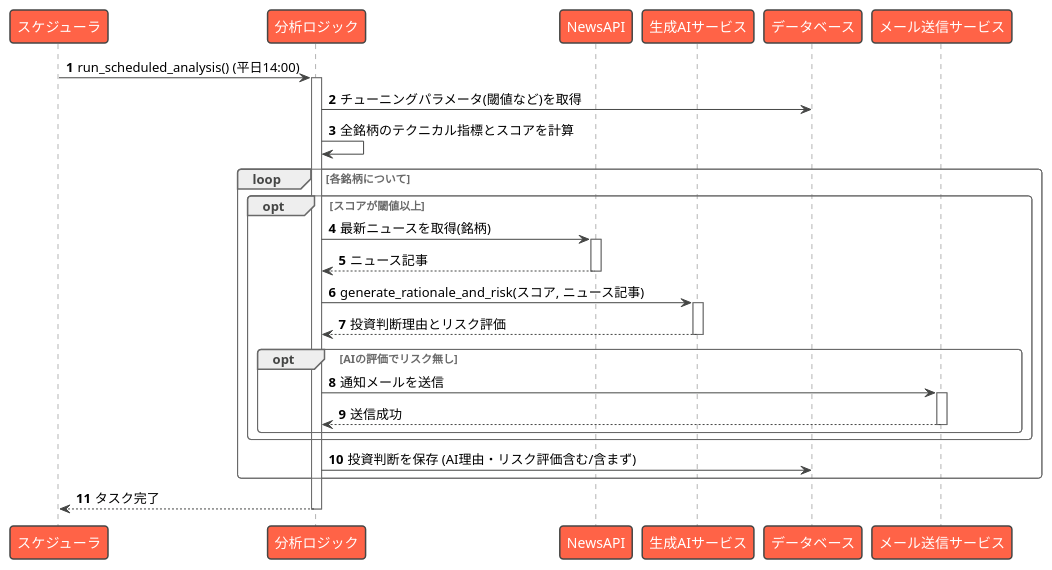
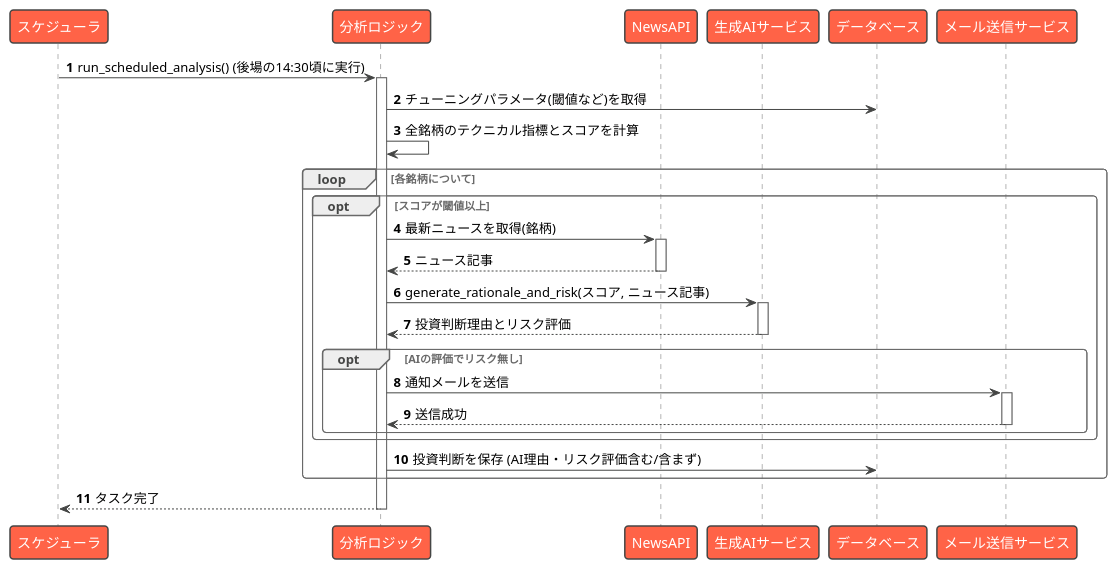
One commit to fukaor/KashaNeko_invest changed the second of 4 diagrams in docs/Architect.md. Above: the diagram before and after it, drawn with PlantUML. The commit also changed other lines of this file and 10 other files, not shown here.

````diff
--- a/docs/Architect.md
+++ b/docs/Architect.md
@@ -94,43 +94,43 @@
 ```plantuml
 @startuml
 !theme vibrant
 autonumber
 participant "スケジューラ" as Scheduler
 participant "分析ロジック" as Logic
 participant "NewsAPI" as NewsAPI
 participant "生成AIサービス" as AIService
 participant "データベース" as DB
 participant "メール送信サービス" as MailService
 
-Scheduler -> Logic: run_scheduled_analysis() (平日14:00)
+Scheduler -> Logic: run_scheduled_analysis() (後場の14:30頃に実行)
 activate Logic
 
 Logic -> DB: チューニングパラメータ(閾値など)を取得
 Logic -> Logic: 全銘柄のテクニカル指標とスコアを計算
 
 loop 各銘柄について
   opt スコアが閾値以上
     Logic -> NewsAPI: 最新ニュースを取得(銘柄)
     activate NewsAPI
     NewsAPI --> Logic: ニュース記事
     deactivate NewsAPI
 
     Logic -> AIService: generate_rationale_and_risk(スコア, ニュース記事)
     activate AIService
     AIService --> Logic: 投資判断理由とリスク評価
     deactivate AIService
 
     opt AIの評価でリスク無し
       Logic -> MailService: 通知メールを送信
       activate MailService
       MailService --> Logic: 送信成功
       deactivate MailService
     end
   end
   Logic -> DB: 投資判断を保存 (AI理由・リスク評価含む/含まず)
 end
 
 Logic --> Scheduler: タスク完了
 deactivate Logic
 @enduml
 ```
````
